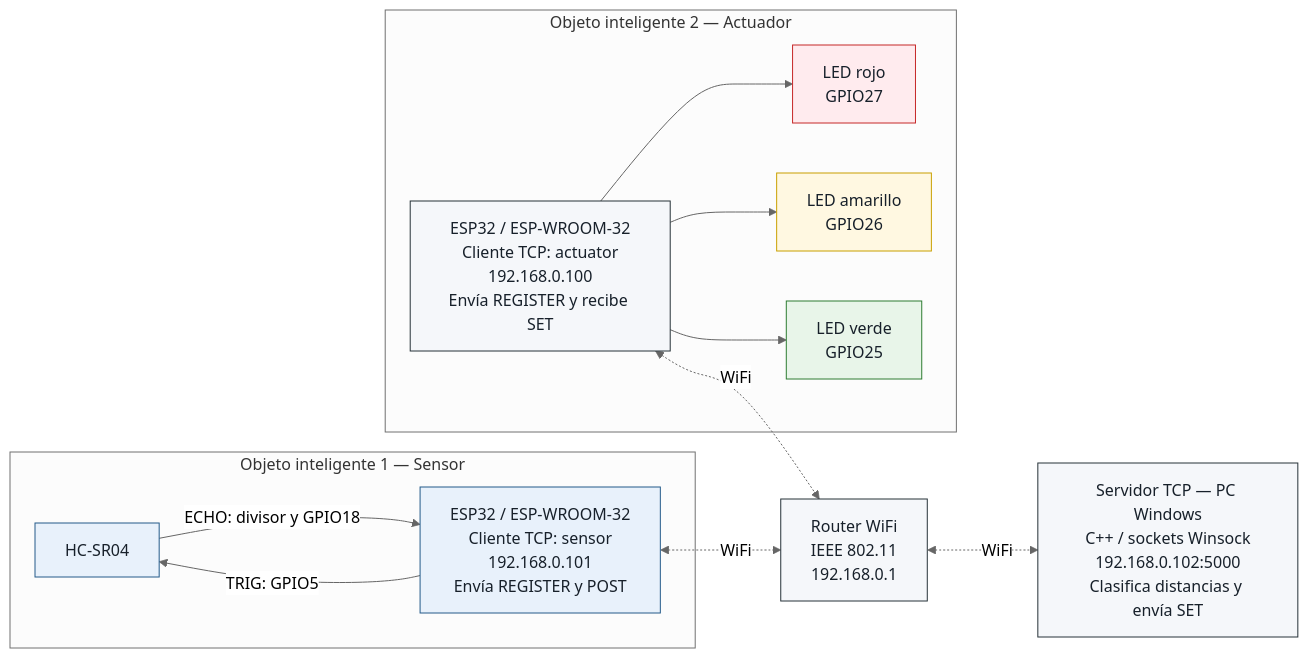
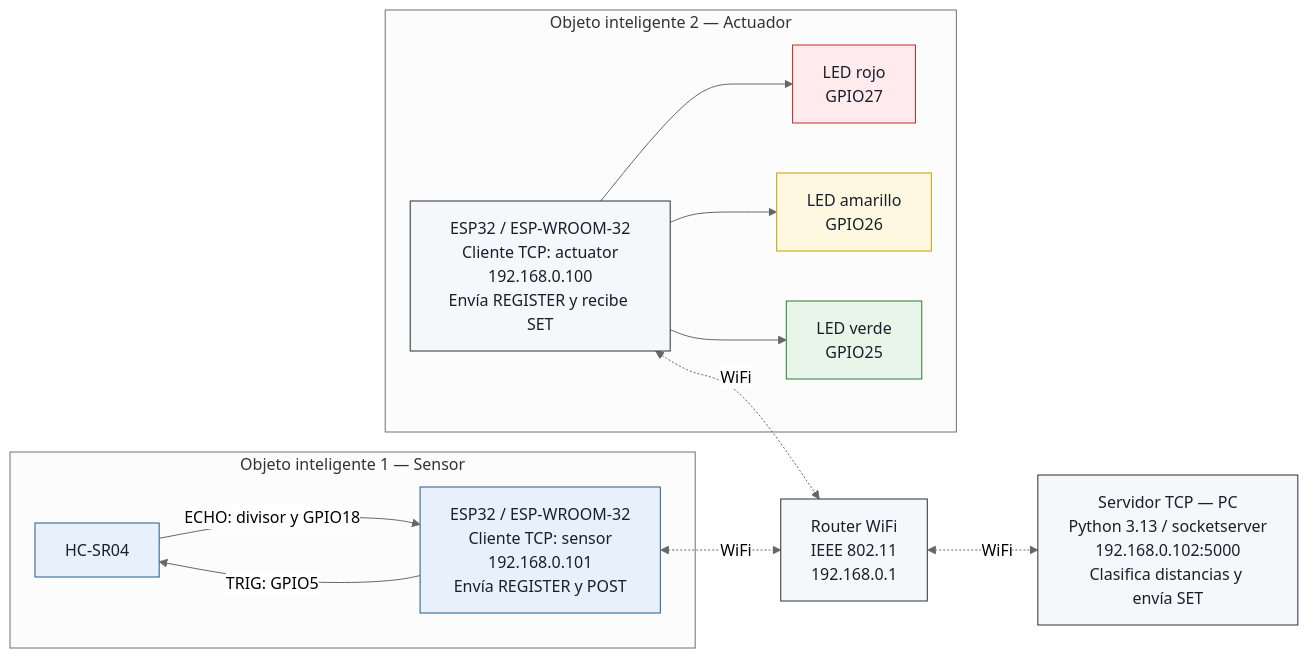
The first of 4 diagrams in docs/diagramas/Diseno_del_sistema.md (JustAdrianMercado/Integracion-de-Objetos-Inteligentes-con-TCP-IP), drawn with Mermaid (neutral theme) before and after one commit. The commit also changed other lines of this file and 31 other files, not shown here.

Commit message:
fix: reorganize architecture

````diff
--- a/docs/diagramas/Diseno_del_sistema.md
+++ b/docs/diagramas/Diseno_del_sistema.md
@@ -16,37 +16,37 @@
 ```mermaid
 flowchart LR
     subgraph SENSOR["Objeto inteligente 1 — Sensor"]
         HC["HC-SR04"]
         ESP_S["ESP32 / ESP-WROOM-32<br/>Cliente TCP: sensor<br/>192.168.0.101<br/>Envía REGISTER y POST"]
         ESP_S -->|TRIG: GPIO5| HC
         HC -->|ECHO: divisor y GPIO18| ESP_S
     end
 
     ROUTER["Router WiFi<br/>IEEE 802.11<br/>192.168.0.1"]
-    PC["Servidor TCP — PC Windows<br/>C++ / sockets Winsock<br/>192.168.0.102:5000<br/>Clasifica distancias y envía SET"]
+    PC["Servidor TCP — PC<br/>Python 3.13 / socketserver<br/>192.168.0.102:5000<br/>Clasifica distancias y envía SET"]
 
     subgraph ACTUADOR["Objeto inteligente 2 — Actuador"]
         ESP_A["ESP32 / ESP-WROOM-32<br/>Cliente TCP: actuator<br/>192.168.0.100<br/>Envía REGISTER y recibe SET"]
         LR["LED rojo<br/>GPIO27"]
         LA["LED amarillo<br/>GPIO26"]
         LV["LED verde<br/>GPIO25"]
         ESP_A --> LR
         ESP_A --> LA
         ESP_A --> LV
     end
 
     ESP_S <-.->|WiFi| ROUTER
     ESP_A <-.->|WiFi| ROUTER
     ROUTER <-.->|WiFi| PC
 
     classDef sensor fill:#e8f1fb,stroke:#245b8a,color:#17202a;
     classDef equipo fill:#f5f7fa,stroke:#263238,color:#17202a;
     classDef rojo fill:#ffebee,stroke:#c62828,color:#17202a;
     classDef amarillo fill:#fff8e1,stroke:#c9a000,color:#17202a;
     classDef verde fill:#e8f5e9,stroke:#2e7d32,color:#17202a;
     class HC,ESP_S sensor;
     class ROUTER,PC,ESP_A equipo;
     class LR rojo;
     class LA amarillo;
     class LV verde;
 ```
````
